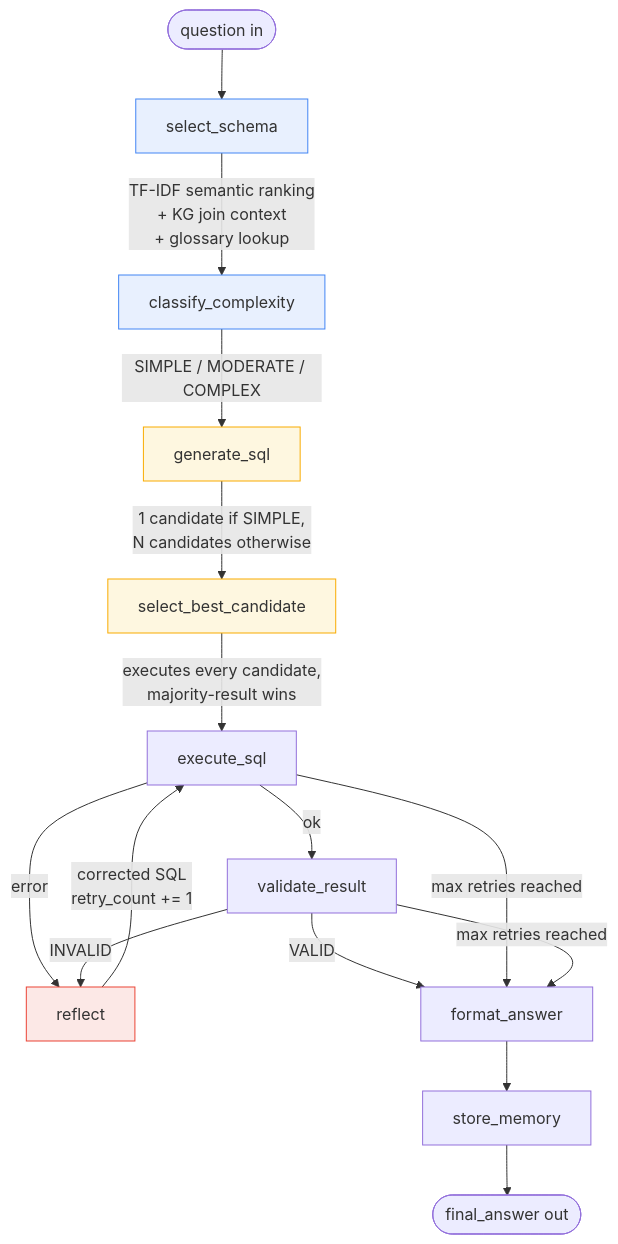
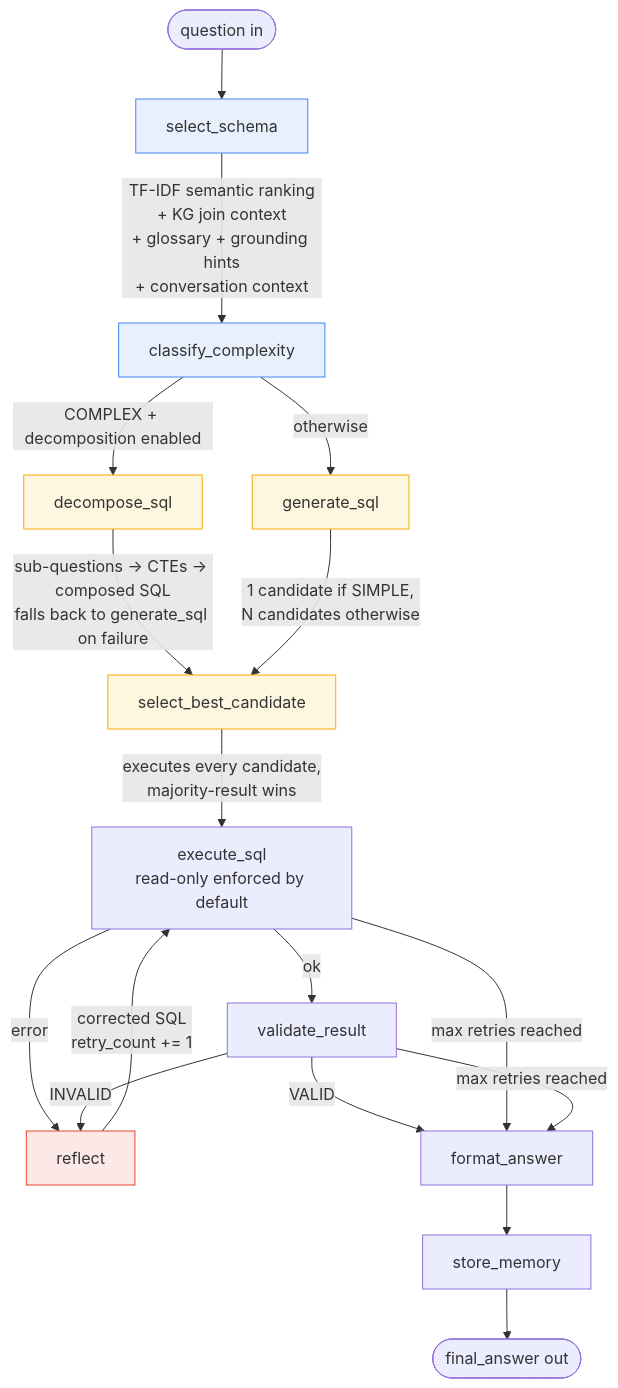
One commit to subrata-samanta/universal-text2sql changed the second of 3 diagrams in README.md. Above: the diagram before and after it, drawn with Mermaid. The commit also changed other lines of this file and 4 other files, not shown here.

````diff
--- a/README.md
+++ b/README.md
@@ -105,23 +116,26 @@
 ```mermaid
 flowchart TD
     QIN(["question in"]) --> SEL[select_schema]
-    SEL -->|"TF-IDF semantic ranking<br/>+ KG join context<br/>+ glossary lookup"| CLS[classify_complexity]
-    CLS -->|"SIMPLE / MODERATE / COMPLEX"| GEN[generate_sql]
-    GEN -->|"1 candidate if SIMPLE,<br/>N candidates otherwise"| VOTE[select_best_candidate]
-    VOTE -->|"executes every candidate,<br/>majority-result wins"| EXEC[execute_sql]
+    SEL -->|"TF-IDF semantic ranking<br/>+ KG join context<br/>+ glossary + grounding hints<br/>+ conversation context"| CLS[classify_complexity]
+    CLS -->|"COMPLEX + decomposition enabled"| DECOMP[decompose_sql]
+    CLS -->|"otherwise"| GEN[generate_sql]
+    DECOMP -->|"sub-questions -> CTEs -> composed SQL<br/>falls back to generate_sql on failure"| VOTE[select_best_candidate]
+    GEN -->|"1 candidate if SIMPLE,<br/>N candidates otherwise"| VOTE
+    VOTE -->|"executes every candidate,<br/>majority-result wins"| EXEC["execute_sql<br/>read-only enforced by default"]
     EXEC -->|error| REFLECT[reflect]
     EXEC -->|ok| VALIDATE[validate_result]
     VALIDATE -->|INVALID| REFLECT
     REFLECT -->|"corrected SQL<br/>retry_count += 1"| EXEC
     VALIDATE -->|VALID| FORMAT[format_answer]
     EXEC -->|"max retries reached"| FORMAT
     VALIDATE -->|"max retries reached"| FORMAT
     FORMAT --> STORE[store_memory]
     STORE --> QOUT(["final_answer out"])
 
     style SEL fill:#e8f0fe,stroke:#4285f4
     style CLS fill:#e8f0fe,stroke:#4285f4
     style GEN fill:#fef7e0,stroke:#f9ab00
+    style DECOMP fill:#fef7e0,stroke:#f9ab00
     style VOTE fill:#fef7e0,stroke:#f9ab00
     style REFLECT fill:#fce8e6,stroke:#ea4335
 ```
````
